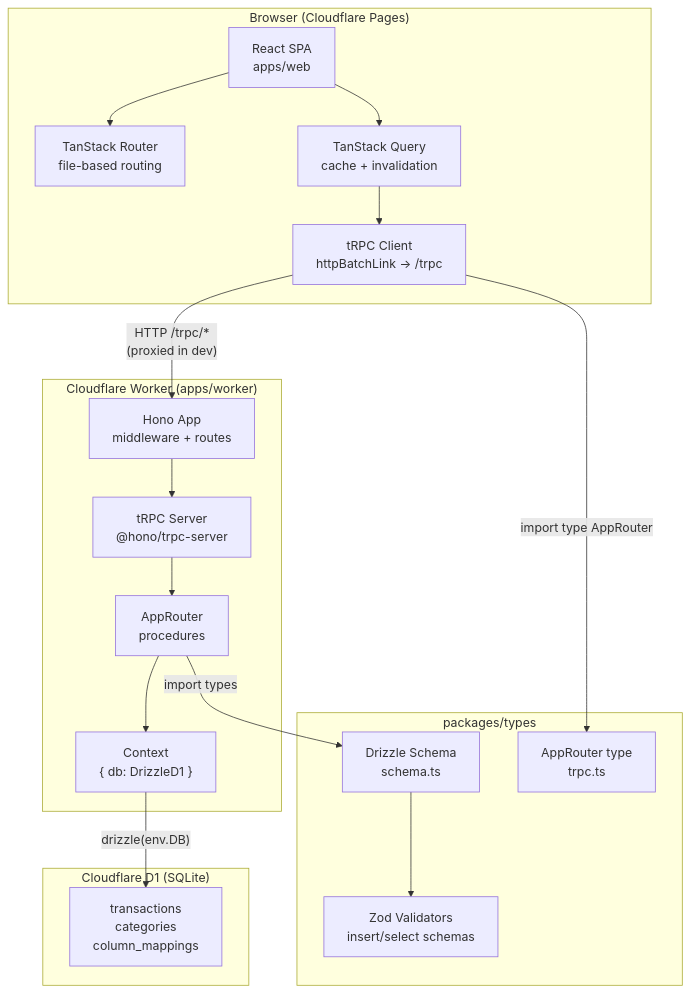
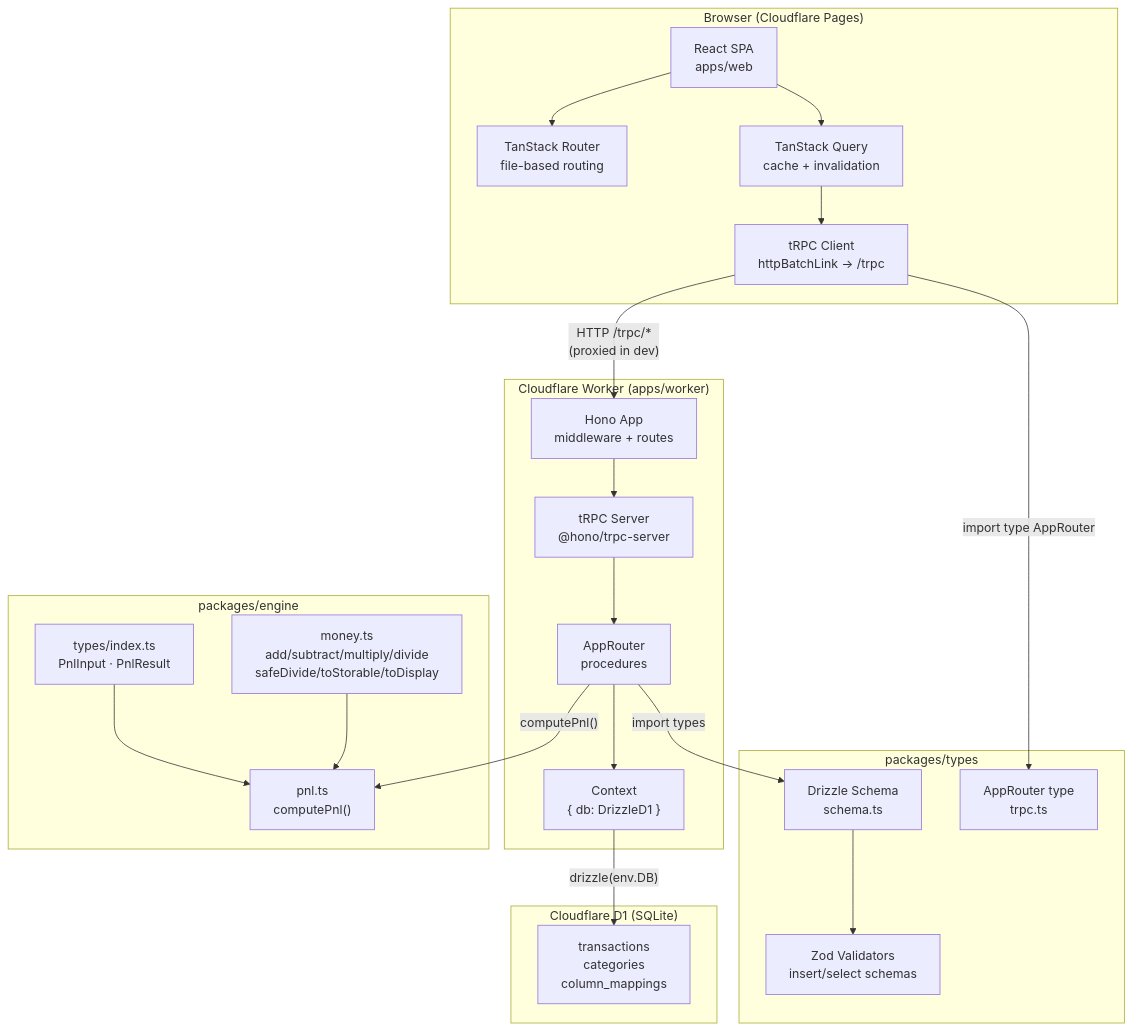
Before and after one commit to tonomb/personal-pnl: the first of 4 diagrams in docs/system-architecture.md, drawn with Mermaid. The commit also changed other lines of this file and 12 other files, not shown here.

````diff
--- a/docs/system-architecture.md
+++ b/docs/system-architecture.md
@@ -9,38 +9,47 @@
 ```mermaid
 graph TB
     subgraph Browser["Browser (Cloudflare Pages)"]
         UI["React SPA<br/>apps/web"]
         Router["TanStack Router<br/>file-based routing"]
         Query["TanStack Query<br/>cache + invalidation"]
         tRPCC["tRPC Client<br/>httpBatchLink → /trpc"]
         UI --> Router
         UI --> Query
         Query --> tRPCC
     end
 
     subgraph Worker["Cloudflare Worker (apps/worker)"]
         Hono["Hono App<br/>middleware + routes"]
         tRPCS["tRPC Server<br/>@hono/trpc-server"]
         AppRouter["AppRouter<br/>procedures"]
         Ctx["Context<br/>{ db: DrizzleD1 }"]
         Hono --> tRPCS
         tRPCS --> AppRouter
         AppRouter --> Ctx
     end
 
     subgraph Shared["packages/types"]
         Schema["Drizzle Schema<br/>schema.ts"]
         Zod["Zod Validators<br/>insert/select schemas"]
         RouterType["AppRouter type<br/>trpc.ts"]
         Schema --> Zod
     end
 
+    subgraph Engine["packages/engine"]
+        Money["money.ts<br/>add/subtract/multiply/divide<br/>safeDivide/toStorable/toDisplay"]
+        PnlTypes["types/index.ts<br/>PnlInput · PnlResult"]
+        ComputePnl["pnl.ts<br/>computePnl()"]
+        Money --> ComputePnl
+        PnlTypes --> ComputePnl
+    end
+
     subgraph DB["Cloudflare D1 (SQLite)"]
         Tables["transactions<br/>categories<br/>column_mappings"]
     end
 
     tRPCC -- "HTTP /trpc/*<br/>(proxied in dev)" --> Hono
     Ctx -- "drizzle(env.DB)" --> Tables
     AppRouter -- "import types" --> Schema
+    AppRouter -- "computePnl()" --> ComputePnl
     tRPCC -- "import type AppRouter" --> RouterType
 ```
````
